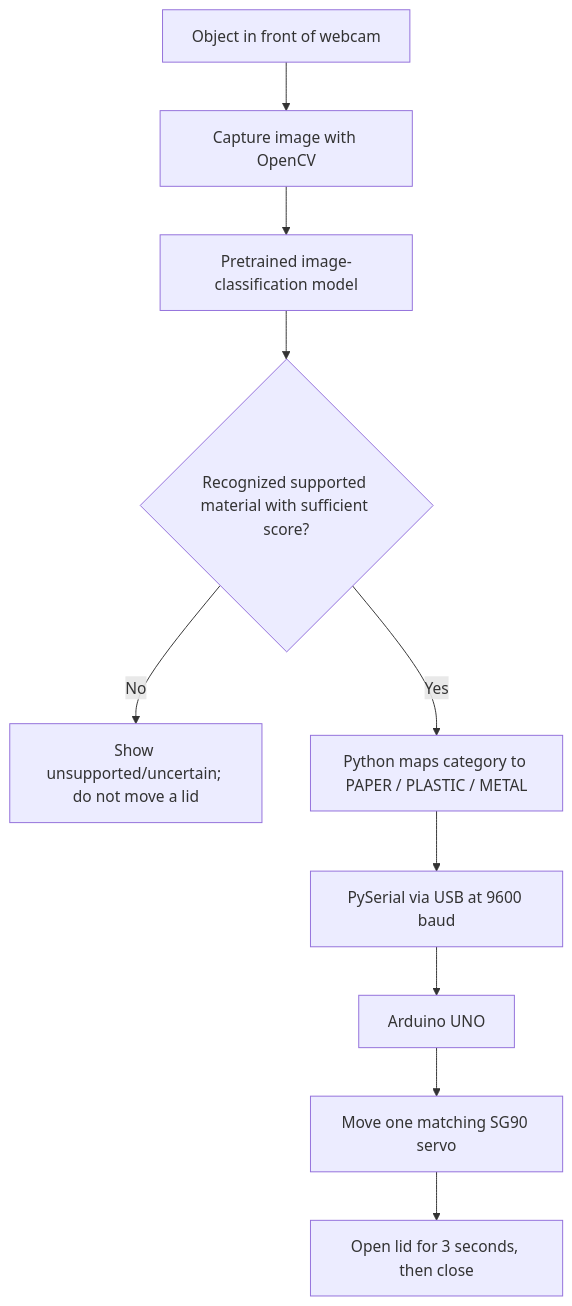
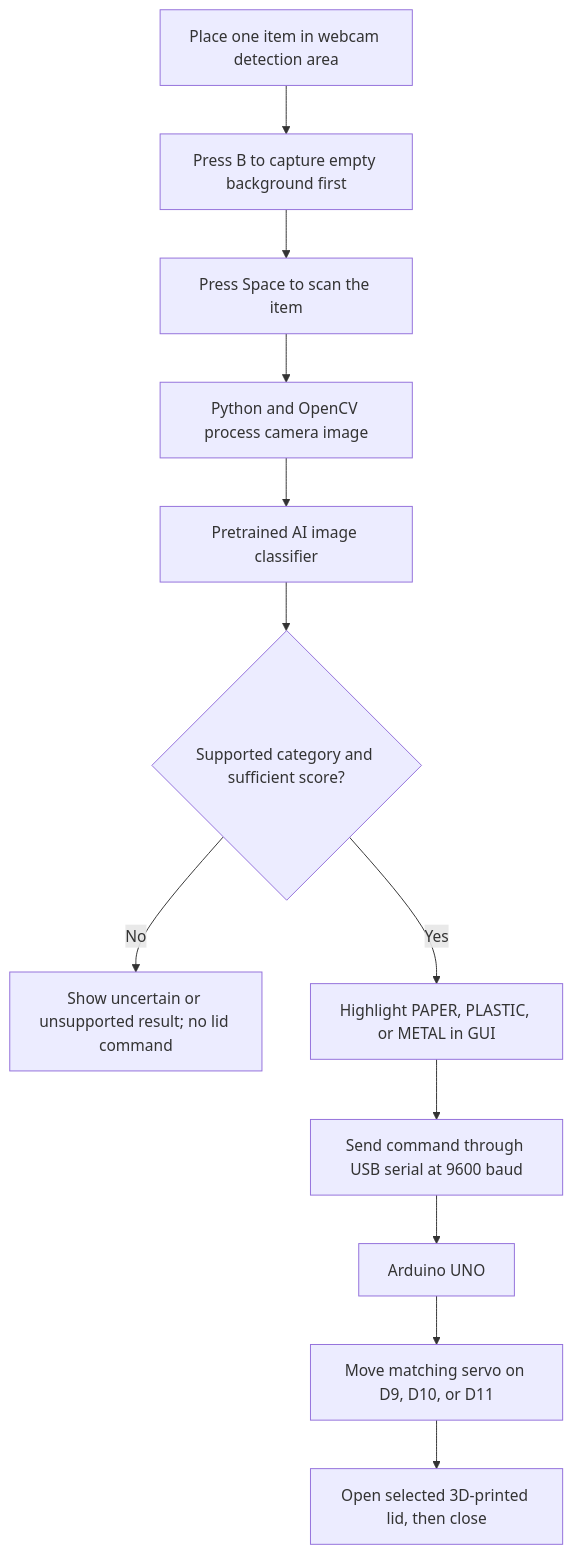
One commit to ramaalnajjarr2/ZAIN-SMARTSORT changed the diagram in README.md. Above: the diagram before and after it, drawn with Mermaid. The commit also changed other lines of this file and 2 other files, not shown here.

````diff
--- a/README.md
+++ b/README.md
@@ -177,12 +133,14 @@
 ```mermaid
 flowchart TD
-    A[Object in front of webcam] --> B[Capture image with OpenCV]
-    B --> C[Pretrained image-classification model]
-    C --> D{Recognized supported material with sufficient score?}
-    D -->|No| E[Show unsupported/uncertain; do not move a lid]
-    D -->|Yes| F[Python maps category to PAPER / PLASTIC / METAL]
-    F --> G[PySerial via USB at 9600 baud]
-    G --> H[Arduino UNO]
-    H --> I[Move one matching SG90 servo]
-    I --> J[Open lid for 3 seconds, then close]
+    A[Place one item in webcam detection area] --> B[Press B to capture empty background first]
+    B --> C[Press Space to scan the item]
+    C --> D[Python and OpenCV process camera image]
+    D --> E[Pretrained AI image classifier]
+    E --> F{Supported category and sufficient score?}
+    F -- No --> G[Show uncertain or unsupported result; no lid command]
+    F -- Yes --> H[Highlight PAPER, PLASTIC, or METAL in GUI]
+    H --> I[Send command through USB serial at 9600 baud]
+    I --> J[Arduino UNO]
+    J --> K[Move matching servo on D9, D10, or D11]
+    K --> L[Open selected 3D-printed lid, then close]
 ```
````
